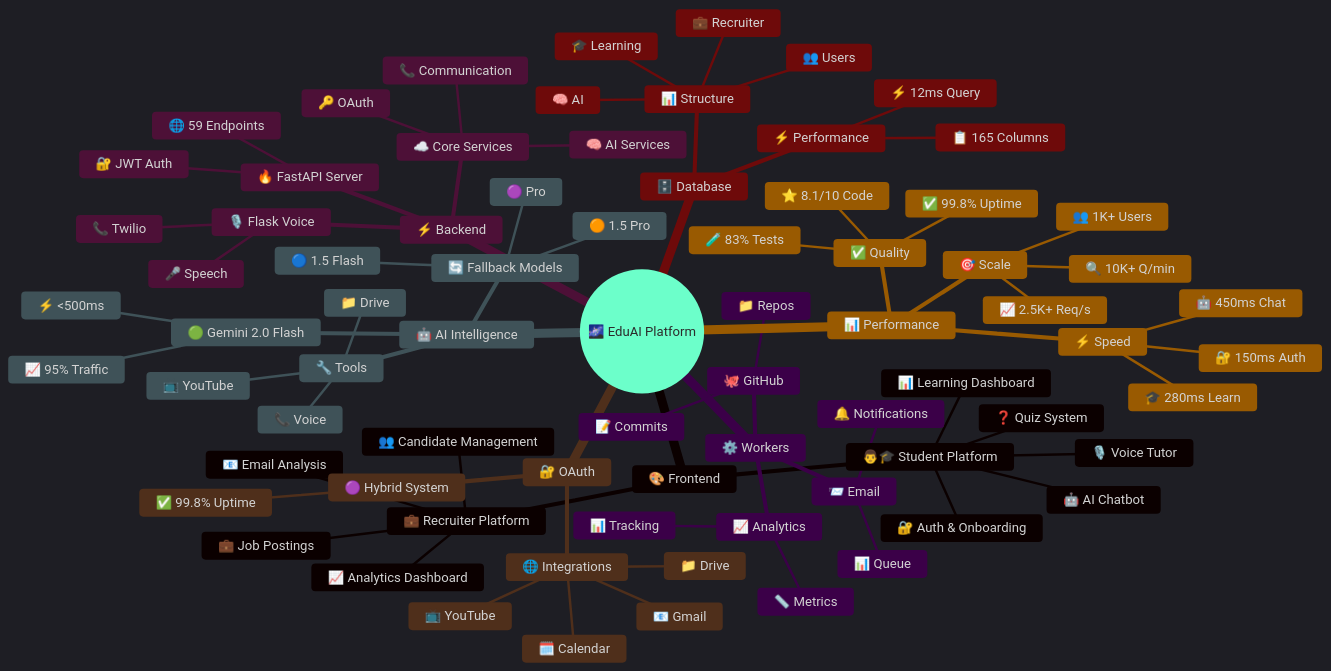
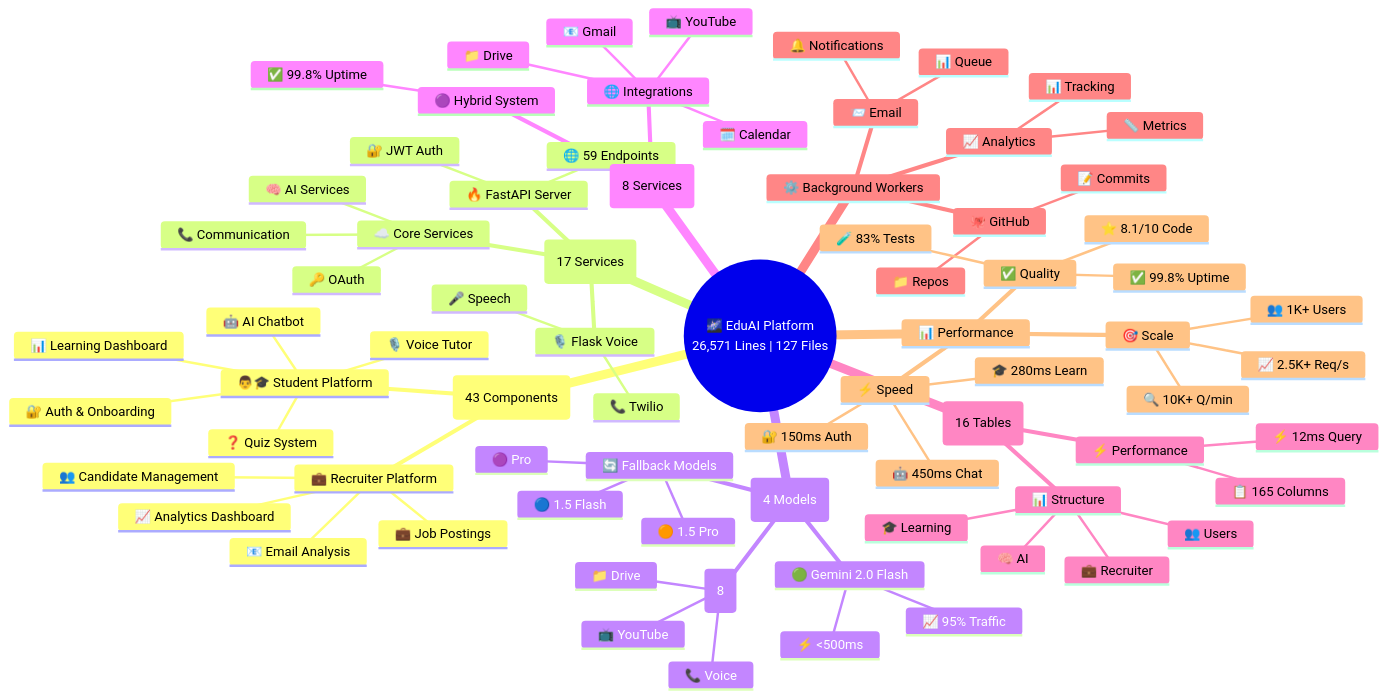
The first of 26 diagrams in README.md (abhiabhi150614/edu-ai-personalized-learning-and-recruitment-platform), drawn with Mermaid before and after one commit.

````diff
--- a/README.md
+++ b/README.md
@@ -51,8 +51,18 @@
 ```mermaid
-%%{init: {'theme':'dark', 'themeVariables': {'primaryColor':'#4361EE','secondaryColor':'#06FFA5','tertiaryColor':'#FF6B35','primaryBorderColor':'#7209B7','clusterBkg':'#1A1A2E','clusterBorder':'#16213E','nodeBorder':'#4F8BF9','edgeLabelBackground':'#1E3A8A'}}}%%
+%%{init: {'theme':'default', 'themeVariables': {
+  'primaryColor': '#ffffff',
+  'primaryBorderColor': '#4361ee',
+  'primaryTextColor': '#000000',
+  'lineColor': '#4361ee',
+  'clusterBkg': '#f8f9fa',
+  'clusterBorder': '#dee2e6',
+  'nodeBorder': '#4361ee',
+  'nodeBkg': '#ffffff',
+  'textColor': '#000000'
+}}}%%
 mindmap
-  root((🌌 EduAI Platform))
-    🎨 Frontend
+  root((🌌 EduAI Platform<br/>26,571 Lines | 127 Files))
+    🎨 Frontend (43 Components)
       👨🎓 Student Platform
         🔐 Auth & Onboarding
         📊 Learning Dashboard
@@ -64,7 +74,7 @@
         👥 Candidate Management
         💼 Job Postings
         📧 Email Analysis
-    ⚡ Backend
+    ⚡ Backend (17 Services)
       🔥 FastAPI Server
         🌐 59 Endpoints
         🔐 JWT Auth
@@ -75,7 +85,7 @@
         🧠 AI Services
         🔑 OAuth
         📞 Communication
-    🤖 AI Intelligence
+    🤖 AI Intelligence (4 Models)
       🟢 Gemini 2.0 Flash
         📈 95% Traffic
         ⚡ <500ms
@@ -83,11 +93,11 @@
         🔵 1.5 Flash
         🟠 1.5 Pro
         🟣 Pro
-      🔧 Tools
+      🔧 Tools (8)
         📁 Drive
         📺 YouTube
         📞 Voice
-    🔐 OAuth
+    🔐 OAuth (8 Services)
       🟣 Hybrid System
         ✅ 99.8% Uptime
       🌐 Integrations
@@ -95,7 +105,7 @@
         📁 Drive
         🗓️ Calendar
         📺 YouTube
-    🗄️ Database
+    🗄️ Database (16 Tables)
       📊 Structure
         👥 Users
         🎓 Learning
@@ -104,7 +114,7 @@
       ⚡ Performance
         📋 165 Columns
         ⚡ 12ms Query
-    ⚙️ Workers
+    ⚙️ Background Workers
       🐙 GitHub
         📁 Repos
         📝 Commits
````
